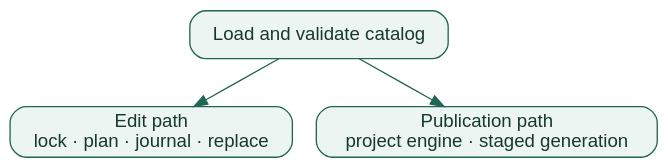
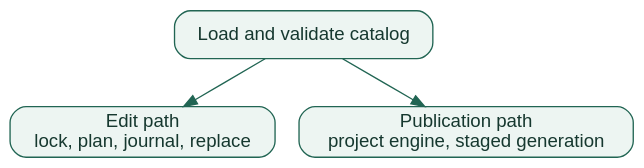
Before and after one commit to insanai/guidedog: the first of 3 diagrams in docs/gds/records/0002-guidedog-cli.rst, drawn with Graphviz. The commit also changed other lines of this file and 99 other files, not shown here.

```diff
--- a/docs/gds/records/0002-guidedog-cli.rst
+++ b/docs/gds/records/0002-guidedog-cli.rst
@@ -72,14 +72,14 @@
 .. graphviz::
    :caption: Metadata edits and publication use different transactions.
    :alt: Catalog validation branches to a journaled edit or to the project builder.
 
    digraph dispatch {
      graph [rankdir=TB, bgcolor="transparent", pad="0.3"];
      node [shape=box, style="rounded,filled", fillcolor="#edf5f2",
            color="#216553", fontname="Helvetica", fontcolor="#16382f"];
      edge [color="#216553"];
      catalog [label="Load and validate catalog"];
-     edit [label="Edit path\nlock · plan · journal · replace"];
-     build [label="Publication path\nproject engine · staged generation"];
+     edit [label="Edit path\nlock, plan, journal, replace"];
+     build [label="Publication path\nproject engine, staged generation"];
      catalog -> edit; catalog -> build;
    }
```
